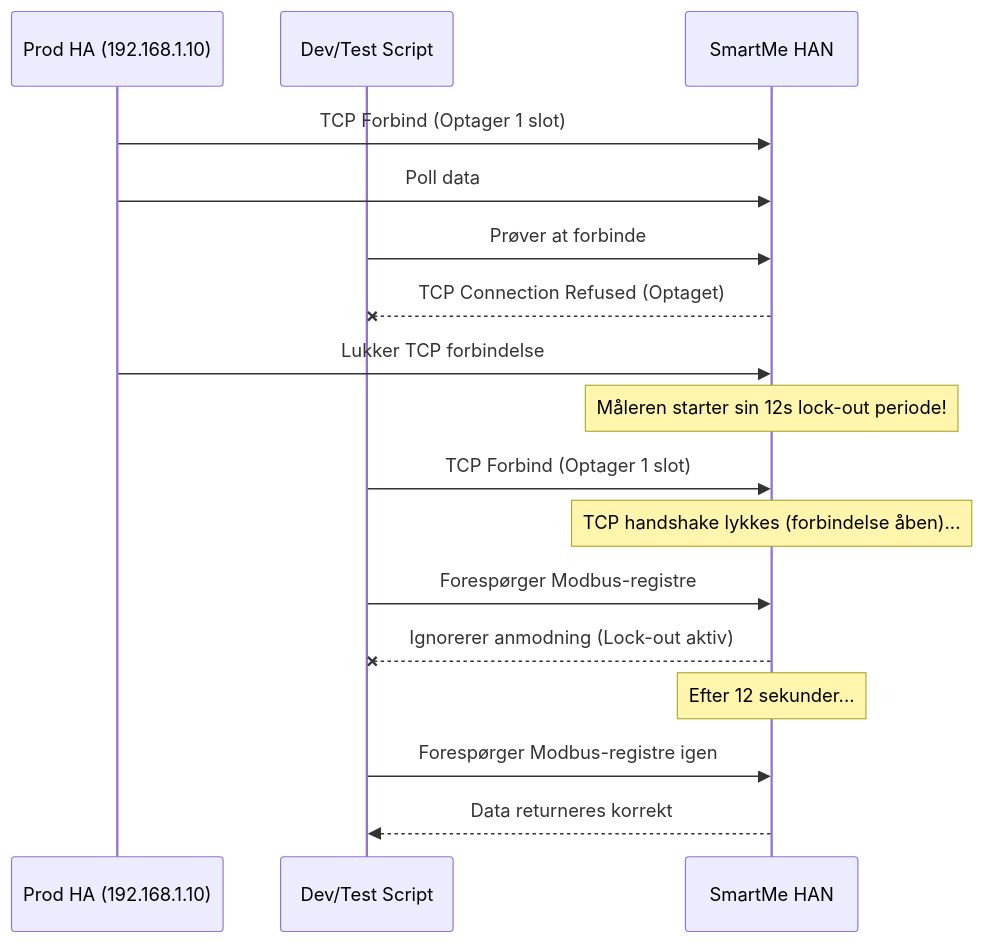
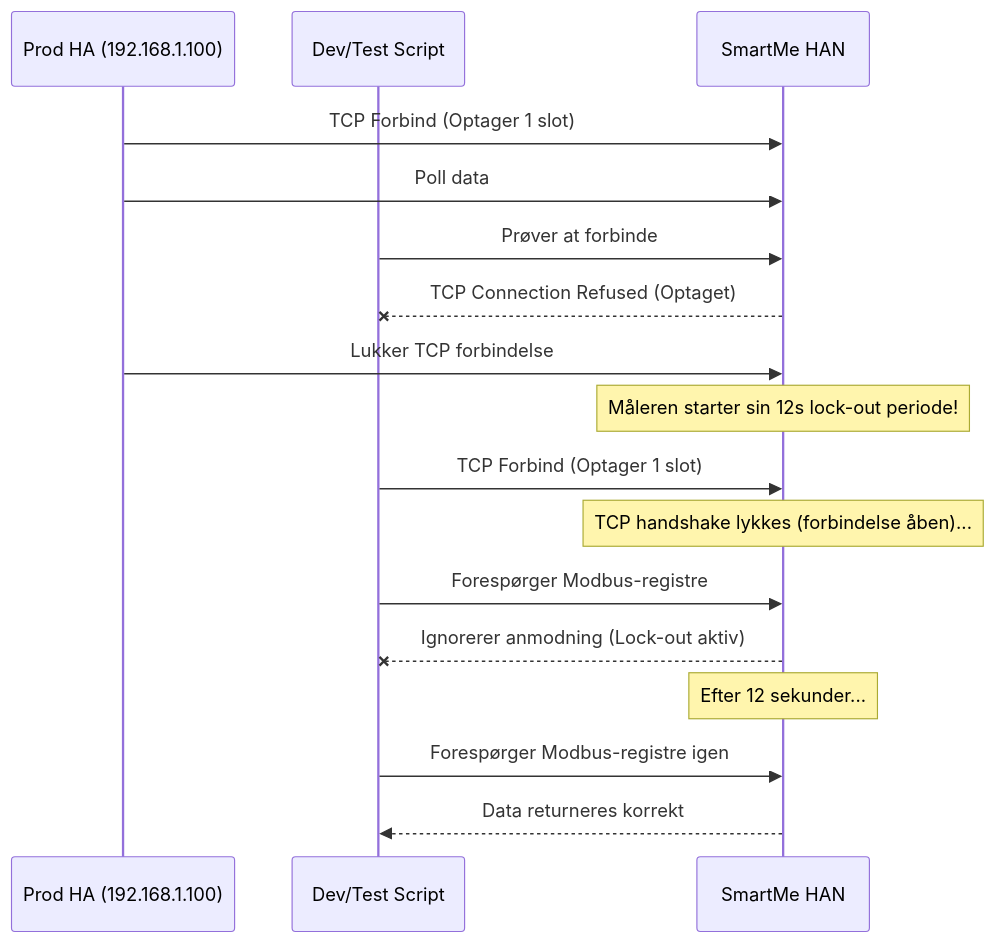
Before and after one commit to hostrup/homeassistant-smartme-han: the diagram in docs/historik/2026-07-10-smartme-han-modbus-timing.md, drawn with Mermaid. The commit also changed other lines of this file, not shown here.

````diff
--- a/docs/historik/2026-07-10-smartme-han-modbus-timing.md
+++ b/docs/historik/2026-07-10-smartme-han-modbus-timing.md
@@ -22,22 +22,22 @@
 ```mermaid
 sequenceDiagram
-    participant ProdHA as Prod HA (192.168.1.10)
+    participant ProdHA as Prod HA (192.168.1.100)
     participant DevEnv as Dev/Test Script
     participant Meter as SmartMe HAN
     
     ProdHA->>Meter: TCP Forbind (Optager 1 slot)
     ProdHA->>Meter: Poll data
     DevEnv->>Meter: Prøver at forbinde
     Meter--xDevEnv: TCP Connection Refused (Optaget)
     ProdHA->>Meter: Lukker TCP forbindelse
     
     note over Meter: Måleren starter sin 12s lock-out periode!
     DevEnv->>Meter: TCP Forbind (Optager 1 slot)
     note over Meter: TCP handshake lykkes (forbindelse åben)...
     DevEnv->>Meter: Forespørger Modbus-registre
     Meter--xDevEnv: Ignorerer anmodning (Lock-out aktiv)
     
     note over Meter: Efter 12 sekunder...
     DevEnv->>Meter: Forespørger Modbus-registre igen
     Meter-->>DevEnv: Data returneres korrekt
 ```
````
